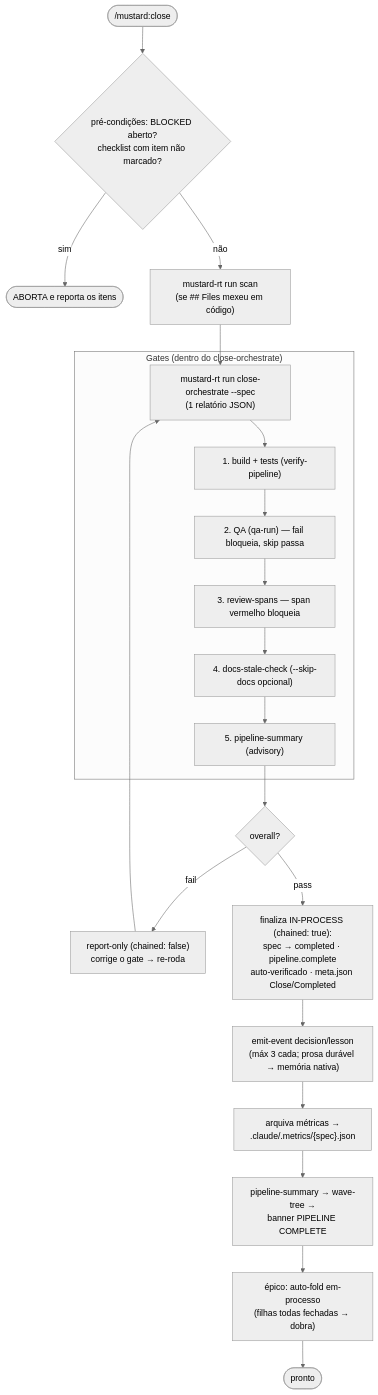
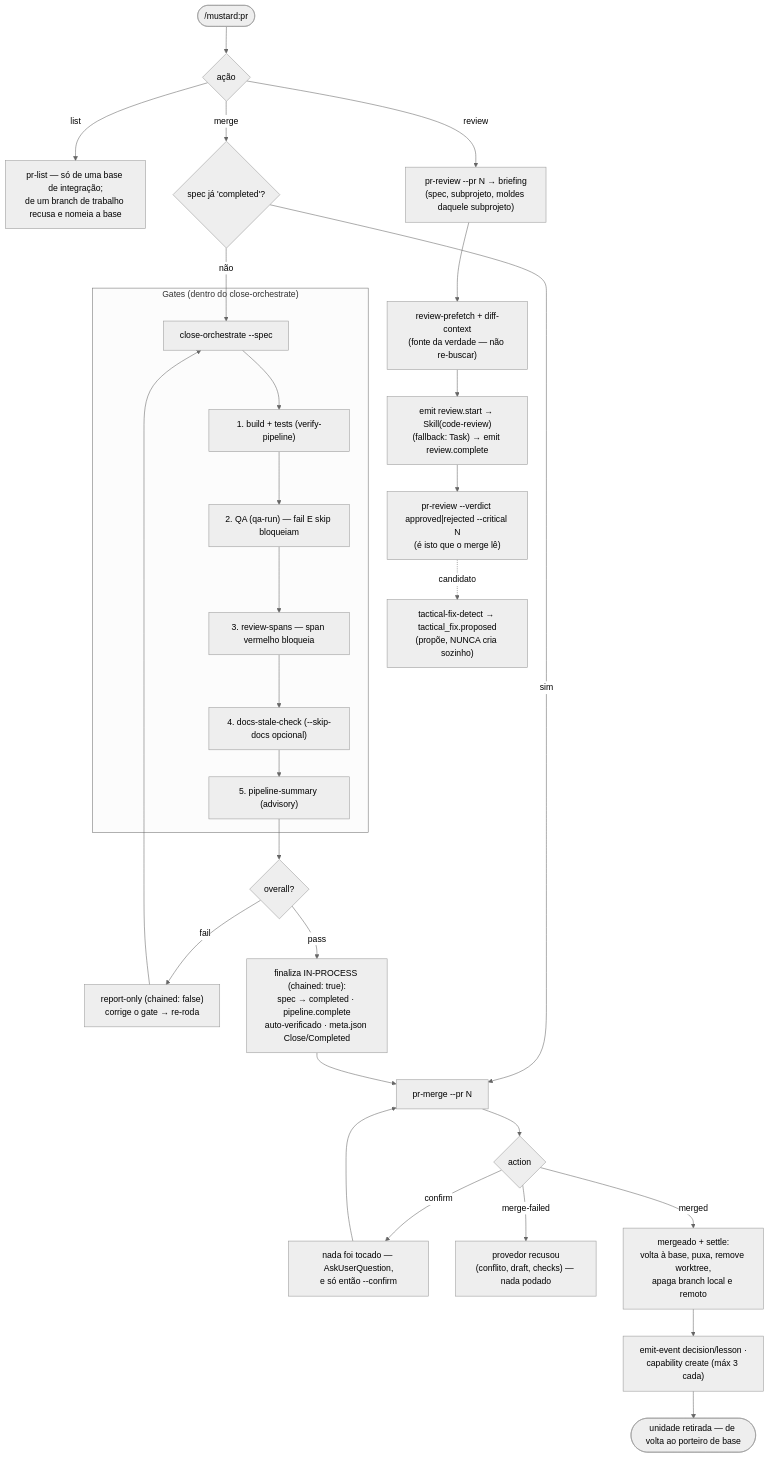
One commit to rubensrpj/mustard changed the eighth of 12 diagrams in MUSTARD-COMMANDS.md. Above: the diagram before and after it, drawn with Mermaid (neutral theme). The commit also changed other lines of this file and 39 other files, not shown here.

````diff
--- a/MUSTARD-COMMANDS.md
+++ b/MUSTARD-COMMANDS.md
@@ -328,26 +300,38 @@
 ```mermaid
 flowchart TD
-    start(["/mustard:close"]) --> pre{"pré-condições: BLOCKED aberto?<br/>checklist com item não marcado?"}
-    pre -->|sim| abortx(["ABORTA e reporta os itens"])
-    pre -->|não| rescan["mustard-rt run scan<br/>(se ## Files mexeu em código)"]
-    rescan --> orch["mustard-rt run close-orchestrate --spec<br/>(1 relatório JSON)"]
+    start(["/mustard:pr"]) --> act{"ação"}
+
+    act -->|list| list["pr-list — só de uma base de integração;<br/>de um branch de trabalho recusa e nomeia a base"]
+
+    act -->|review| brief["pr-review --pr N → briefing<br/>(spec, subprojeto, moldes daquele subprojeto)"]
+    brief --> fetch["review-prefetch + diff-context<br/>(fonte da verdade — não re-buscar)"]
+    fetch --> skill["emit review.start → Skill(code-review)<br/>(fallback: Task) → emit review.complete"]
+    skill --> verdict["pr-review --verdict approved|rejected --critical N<br/>(é isto que o merge lê)"]
+    verdict -. candidato .-> tf["tactical-fix-detect → tactical_fix.proposed<br/>(propõe, NUNCA cria sozinho)"]
+
+    act -->|merge| pre{"spec já 'completed'?"}
+    pre -->|não| orch["close-orchestrate --spec"]
 
     subgraph gates["Gates (dentro do close-orchestrate)"]
         orch --> g1["1. build + tests (verify-pipeline)"]
-        g1 --> g2["2. QA (qa-run) — fail bloqueia, skip passa"]
+        g1 --> g2["2. QA (qa-run) — fail E skip bloqueiam"]
         g2 --> g3["3. review-spans — span vermelho bloqueia"]
         g3 --> g4["4. docs-stale-check (--skip-docs opcional)"]
         g4 --> g5["5. pipeline-summary (advisory)"]
     end
 
     g5 --> overall{"overall?"}
     overall -->|fail| report["report-only (chained: false)<br/>corrige o gate → re-roda"]
     report --> orch
     overall -->|pass| chain["finaliza IN-PROCESS (chained: true):<br/>spec → completed · pipeline.complete<br/>auto-verificado · meta.json Close/Completed"]
 
-    chain --> know["emit-event decision/lesson<br/>(máx 3 cada; prosa durável → memória nativa)"]
-    know --> metrics["arquiva métricas →<br/>.claude/.metrics/{spec}.json"]
-    metrics --> banner["pipeline-summary → wave-tree →<br/>banner PIPELINE COMPLETE"]
-    banner --> epic["épico: auto-fold em-processo<br/>(filhas todas fechadas → dobra)"]
-    epic --> done(["pronto"])
+    pre -->|sim| merge
+    chain --> merge["pr-merge --pr N"]
+    merge --> answer{"action"}
+    answer -->|confirm| ask["nada foi tocado — AskUserQuestion,<br/>e só então --confirm"]
+    ask --> merge
+    answer -->|merge-failed| failed["provedor recusou<br/>(conflito, draft, checks) — nada podado"]
+    answer -->|merged| settled["mergeado + settle:<br/>volta à base, puxa, remove worktree,<br/>apaga branch local e remoto"]
+    settled --> know["emit-event decision/lesson ·<br/>capability create (máx 3 cada)"]
+    know --> done(["unidade retirada — de volta ao porteiro de base"])
 ```
````
